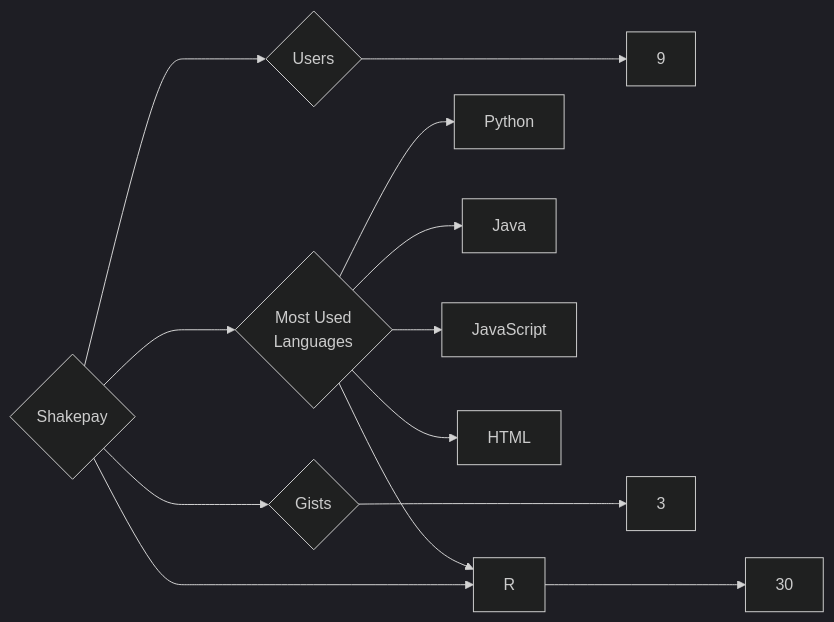
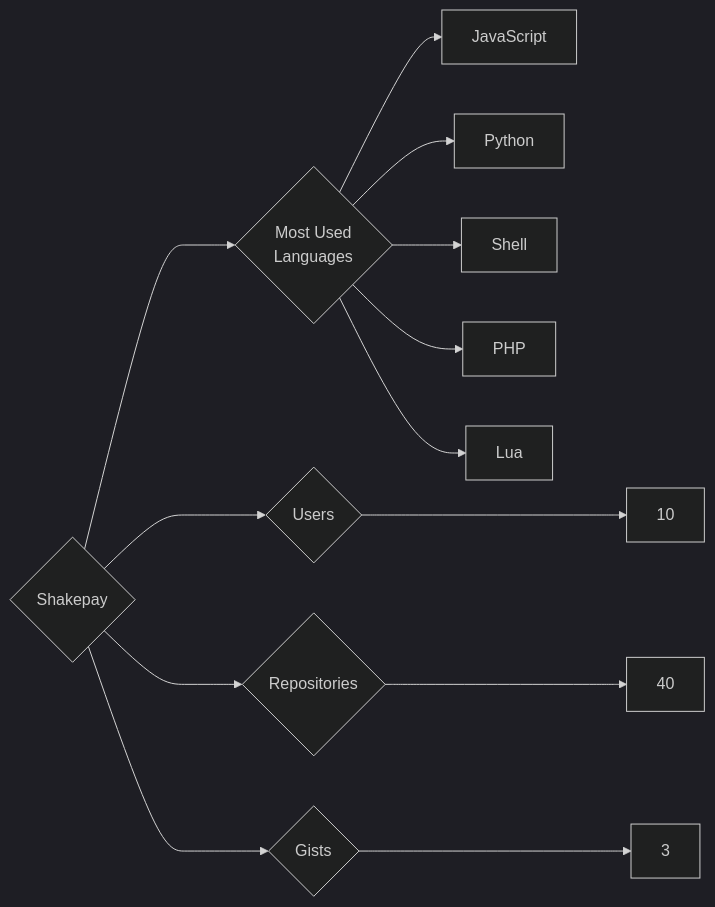
Before and after one commit to trickest/insiders: the diagram in targets/Shakepay/README.md, drawn with Mermaid (dark theme). The commit also changed 973 other files, not shown here.

````diff
--- a/targets/Shakepay/README.md
+++ b/targets/Shakepay/README.md
@@ -3,13 +3,13 @@
 ```mermaid
 graph LR
 COMPANY_NAME{Shakepay}
-COMPANY_NAME ---> U{Users} ---> UN[9]
-COMPANY_NAME ---> R{Repositories} ---> RN[30]
+COMPANY_NAME ---> U{Users} ---> UN[10]
+COMPANY_NAME ---> R{Repositories} ---> RN[40]
 COMPANY_NAME ---> G{Gists} ---> GN[3]
 COMPANY_NAME ---> ML{Most Used<br>Languages}
+ML --> JavaScript[JavaScript]
 ML --> Python[Python]
-ML --> Java[Java]
-ML --> JavaScript[JavaScript]
-ML --> HTML[HTML]
-ML --> R[R]
+ML --> Shell[Shell]
+ML --> PHP[PHP]
+ML --> Lua[Lua]
 ```
````
